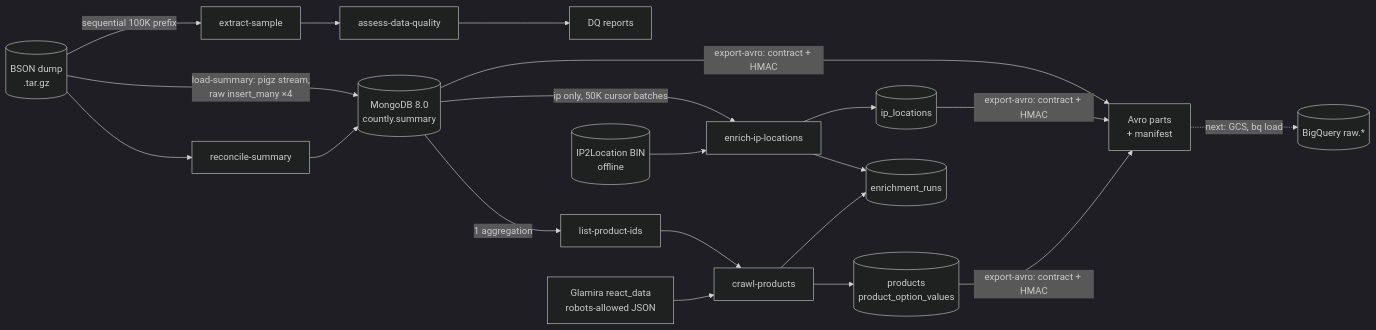
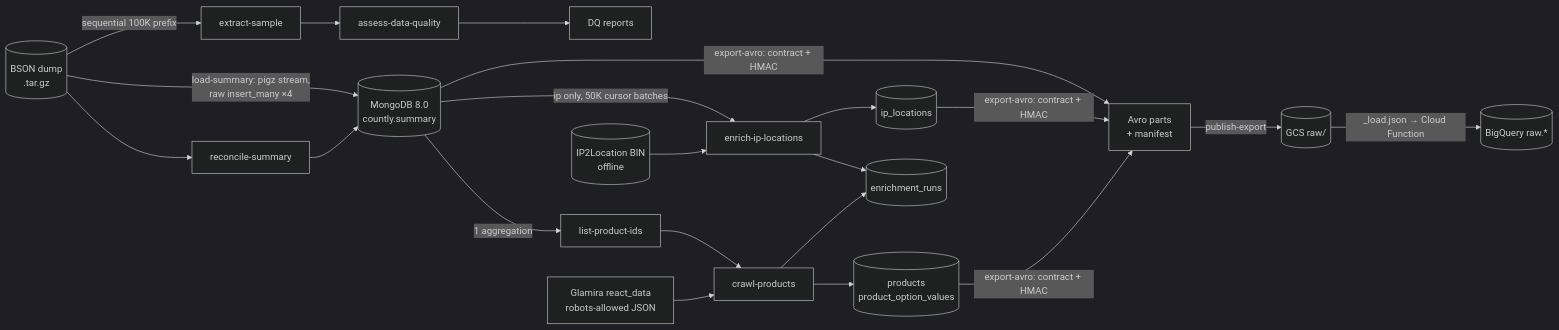
The diagram in README.md (ducklemon596/ecommerce-clickstream-pipeline-gcp), drawn with Mermaid (dark theme) before and after one commit. The commit also changed other lines of this file and 10 other files, not shown here.

````diff
--- a/README.md
+++ b/README.md
@@ -31,15 +32,17 @@
 ```mermaid
 flowchart LR
     A[(BSON dump<br/>.tar.gz)] -->|load-summary: pigz stream,<br/>raw insert_many ×4| M[(MongoDB 8.0<br/>countly.summary)]
     A --> V[reconcile-summary] --> M
     A -->|sequential 100K prefix| S[extract-sample] --> Q[assess-data-quality] --> R1[DQ reports]
     M -->|ip only, 50K cursor batches| I[enrich-ip-locations]
     B[(IP2Location BIN<br/>offline)] --> I
     I --> IL[(ip_locations)]
     M -->|1 aggregation| L[list-product-ids] --> C[crawl-products]
     W[Glamira react_data<br/>robots-allowed JSON] --> C
     C --> P[(products<br/>product_option_values)]
     I --> RUN[(enrichment_runs)]
     C --> RUN
-    M & IL & P -->|export-avro: contract + HMAC| X[Avro parts<br/>+ manifest] -.->|next: GCS, bq load| BQ[(BigQuery raw.*)]
+    M & IL & P -->|export-avro: contract + HMAC| X[Avro parts<br/>+ manifest]
+    X -->|publish-export| GCS[(GCS raw/)]
+    GCS -->|_load.json → Cloud Function| BQ[(BigQuery raw.*)]
 ```
````
